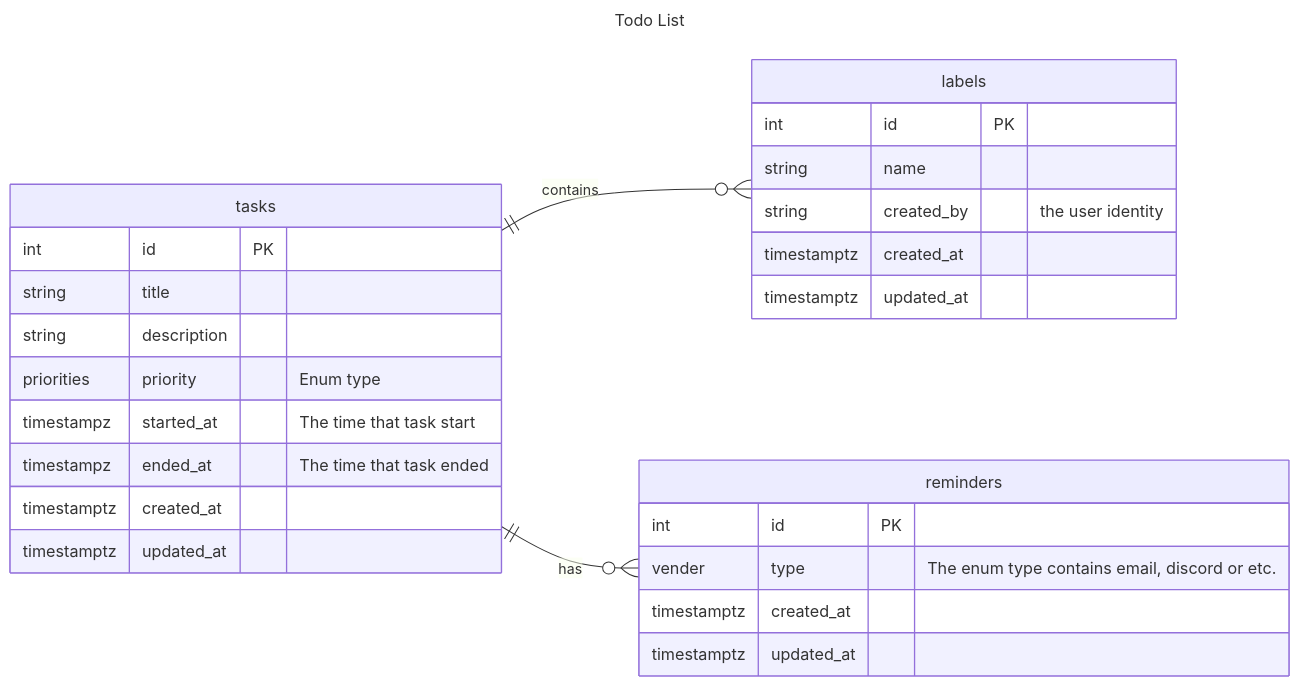
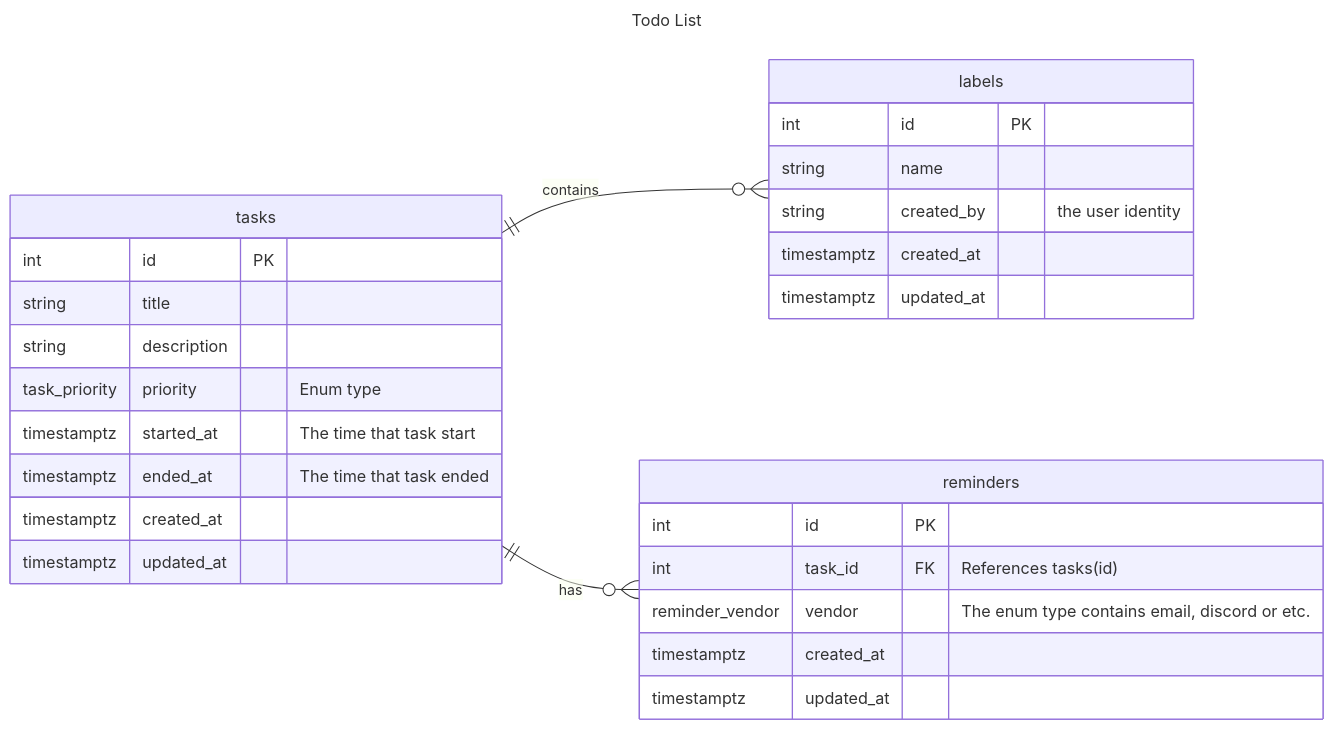
One commit to Lysoul/todo-list changed the diagram in docs/db.md. Above: the diagram before and after it, drawn with Mermaid. The commit also changed 4 other files, not shown here.

````diff
--- a/docs/db.md
+++ b/docs/db.md
@@ -1,37 +1,38 @@
 ```mermaid
 ---
 title: Todo List
 ---
 erDiagram
     direction LR
     tasks ||--o{ labels : contains
     tasks ||--o{  reminders: has
     
     tasks { 
         int id PK
         string title
         string description
-        priorities priority "Enum type"
-        timestampz started_at "The time that task start"
-        timestampz ended_at "The time that task ended"
+        task_priority priority "Enum type"
+        timestamptz started_at "The time that task start"
+        timestamptz ended_at "The time that task ended"
         timestamptz created_at
         timestamptz updated_at
     }
 
     labels {
         int id PK
         string name
         string created_by "the user identity"
         timestamptz created_at
         timestamptz updated_at
     }
     
     reminders {
         int id PK
-        vender type "The enum type contains email, discord or etc."
+        int task_id FK "References tasks(id)"
+        reminder_vendor vendor "The enum type contains email, discord or etc."
         timestamptz created_at
         timestamptz updated_at
     }
 
 
 ```
````
